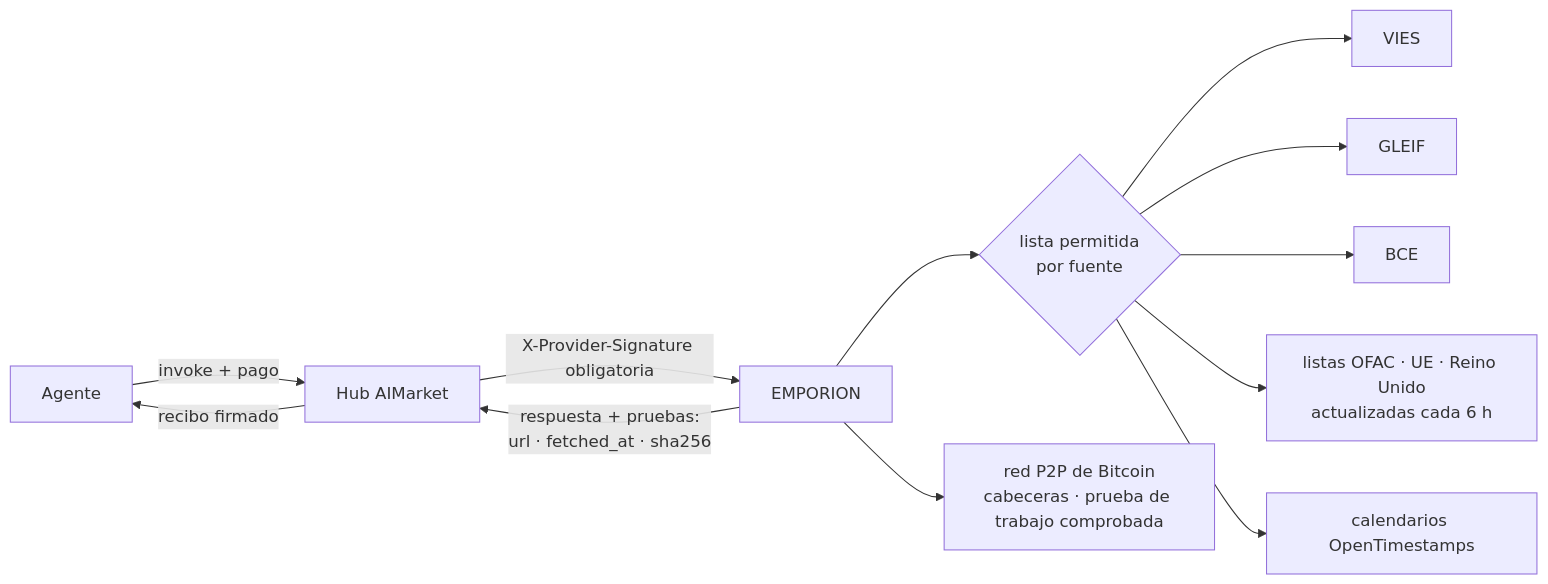
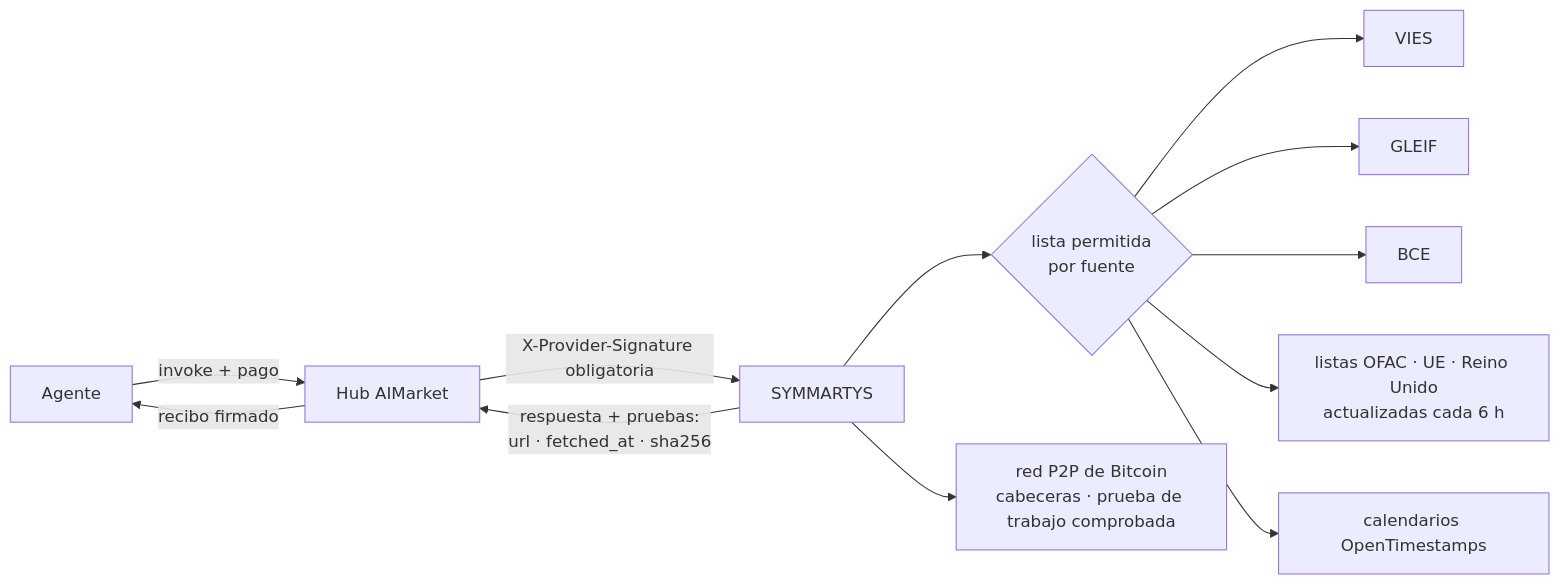
One commit to alexar76/emporion changed the first of 3 diagrams in README.es.md. Above: the diagram before and after it, drawn with Mermaid. The commit also changed other lines of this file and 65 other files, not shown here.

````diff
--- a/README.es.md
+++ b/README.es.md
@@ -58,14 +44,14 @@
 ```mermaid
 flowchart LR
     A[Agente] -->|invoke + pago| H[Hub AIMarket]
-    H -->|X-Provider-Signature obligatoria| E[EMPORION]
+    H -->|X-Provider-Signature obligatoria| E[SYMMARTYS]
     E --> N{lista permitida<br/>por fuente}
     N --> V[VIES]
     N --> G[GLEIF]
     N --> C[BCE]
     N --> S[listas OFAC · UE · Reino Unido<br/>actualizadas cada 6 h]
     N --> O[calendarios OpenTimestamps]
     E --> X[red P2P de Bitcoin<br/>cabeceras · prueba de trabajo comprobada]
     E -->|respuesta + pruebas:<br/>url · fetched_at · sha256| H
     H -->|recibo firmado| A
 ```
````
